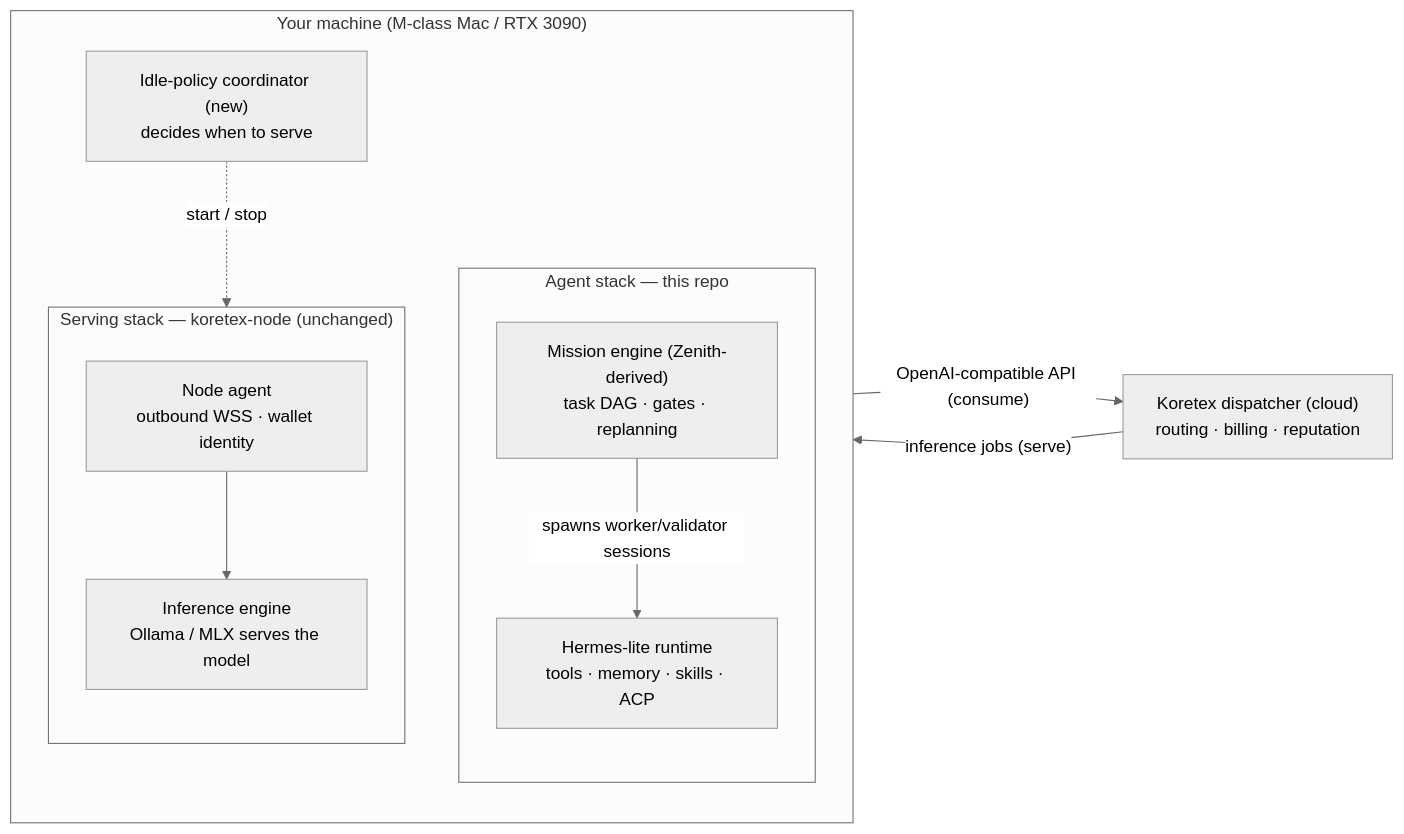
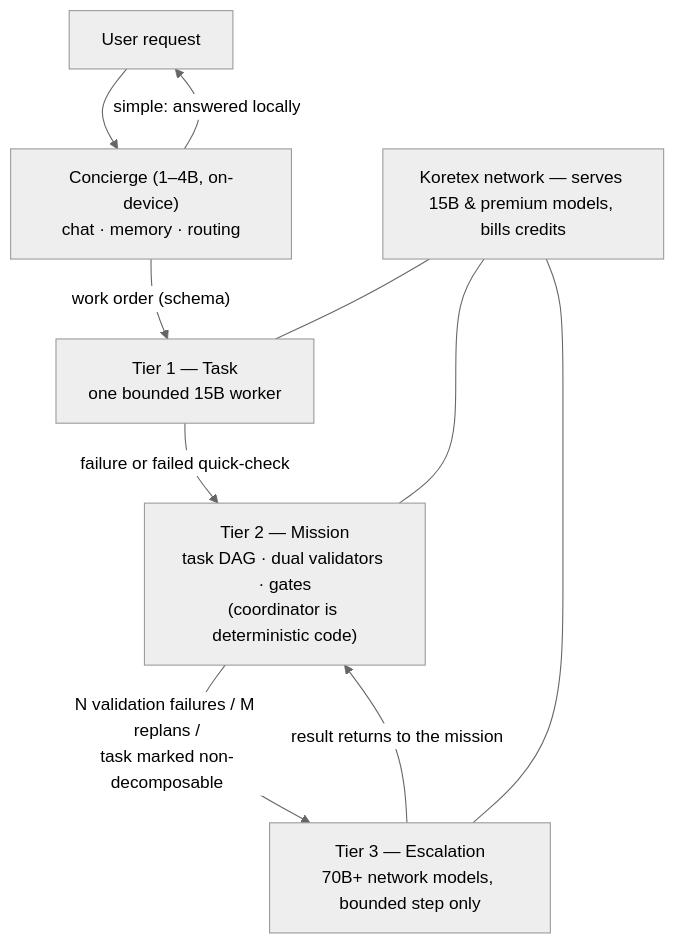
Before and after one commit to koretex-ai/koretex-agent: the first of 4 diagrams in README.md, drawn with Mermaid (neutral theme). The commit also changed other lines of this file, not shown here.

Commit message:
docs: redesign README around kernel + escalation ladder; build-not-fork; learning loops with ground truth

````diff
--- a/README.md
+++ b/README.md
@@ -44,23 +56,12 @@
 ```mermaid
-flowchart LR
-  subgraph mac["Your machine (M-class Mac / RTX 3090)"]
-    direction TB
-    subgraph agentstack["Agent stack — this repo"]
-      direction TB
-      zc["Mission engine (Zenith-derived)<br/>task DAG · gates · replanning"]
-      hl["Hermes-lite runtime<br/>tools · memory · skills · ACP"]
-      zc -->|"spawns worker/validator sessions"| hl
-    end
-    subgraph servestack["Serving stack — koretex-node (unchanged)"]
-      direction TB
-      na["Node agent<br/>outbound WSS · wallet identity"]
-      ie["Inference engine<br/>Ollama / MLX serves the model"]
-      na --> ie
-    end
-    cop["Idle-policy coordinator (new)<br/>decides when to serve"]
-    cop -.->|"start / stop"| na
-  end
-  disp["Koretex dispatcher (cloud)<br/>routing · billing · reputation"]
-  hl -->|"OpenAI-compatible API (consume)"| disp
-  disp -->|"inference jobs (serve)"| na
+flowchart TD
+  user["User request"] --> con["Concierge (1–4B, on-device)<br/>chat · memory · routing"]
+  con -->|"simple: answered locally"| user
+  con -->|"work order (schema)"| t1["Tier 1 — Task<br/>one bounded 15B worker"]
+  t1 -->|"failure or failed quick-check"| t2["Tier 2 — Mission<br/>task DAG · dual validators · gates<br/>(coordinator is deterministic code)"]
+  t2 -->|"N validation failures / M replans /<br/>task marked non-decomposable"| t3["Tier 3 — Escalation<br/>70B+ network models, bounded step only"]
+  t3 -->|"result returns to the mission"| t2
+  net["Koretex network — serves 15B & premium models, bills credits"] --- t1
+  net --- t2
+  net --- t3
 ```
````
